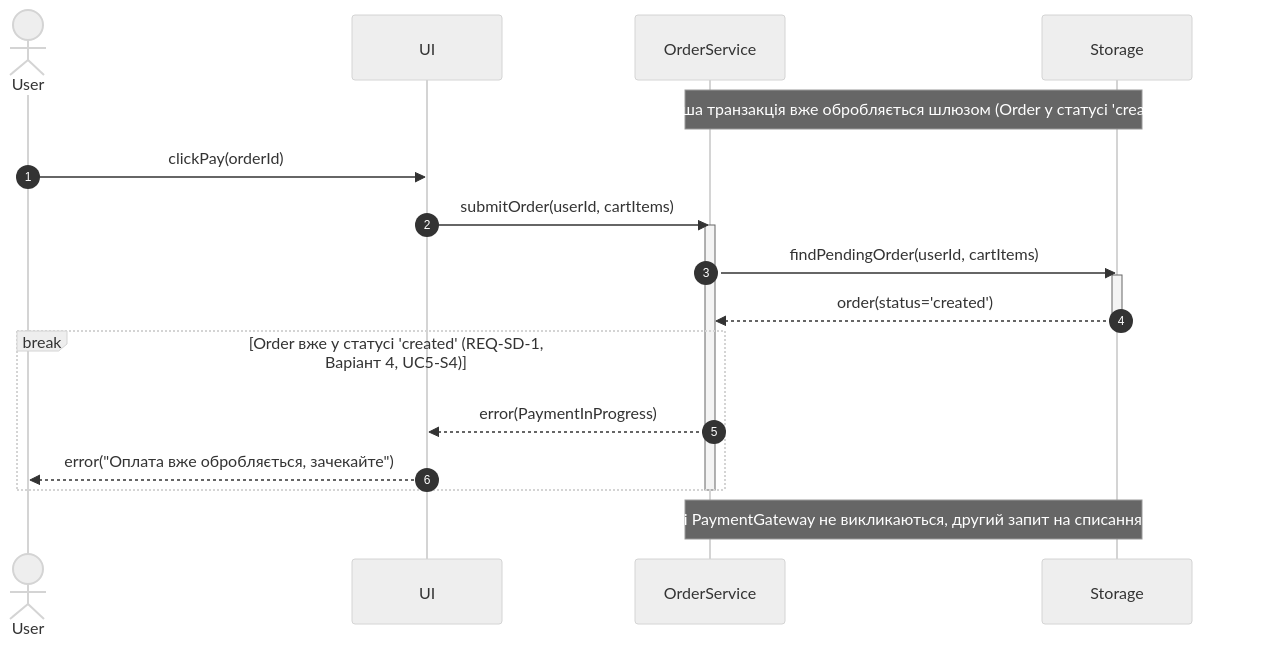
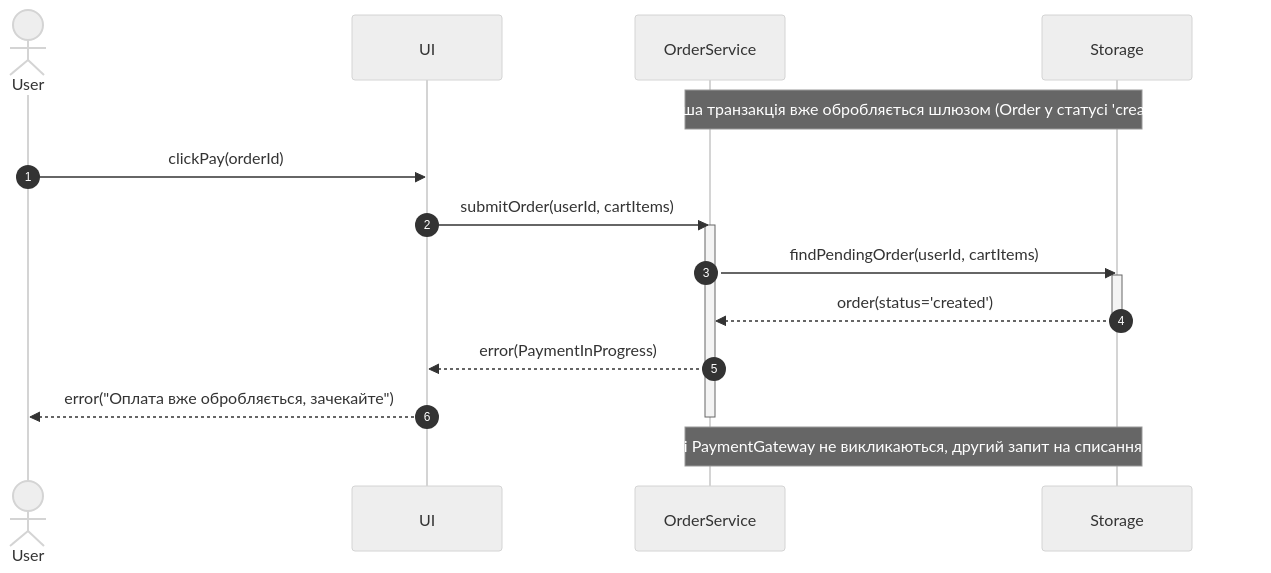
One commit to XxMariavxX/Mavpz-labs changed the fourth of 6 diagrams in lab3/README.md. Above: the diagram before and after it, drawn with Mermaid.

Commit message:
refactor: delete unnecessary break

````diff
--- a/lab3/README.md
+++ b/lab3/README.md
@@ -221,28 +221,26 @@
 ```mermaid
 %%{init: {'theme': 'neutral', 'themeVariables': { 'background': '#ffffff' }}}%%
 sequenceDiagram
 	autonumber
 	actor User
 	participant UI
 	participant OrderService
 	participant Storage
 
 	Note over OrderService,Storage: Перша транзакція вже обробляється шлюзом (Order у статусі 'created')
 
 	User->>UI: clickPay(orderId)
 	UI->>OrderService: submitOrder(userId, cartItems)
 	activate OrderService
 
 	OrderService->>Storage: findPendingOrder(userId, cartItems)
 	activate Storage
 	Storage-->>OrderService: order(status='created')
 	deactivate Storage
 
-	break Order вже у статусі 'created' (REQ-SD-1, Варіант 4, UC5-S4)
-		OrderService-->>UI: error(PaymentInProgress)
-		UI-->>User: error("Оплата вже обробляється, зачекайте")
-	end
+	OrderService-->>UI: error(PaymentInProgress)
+	UI-->>User: error("Оплата вже обробляється, зачекайте")
 
 	deactivate OrderService
 	Note over OrderService,Storage: PaymentService і PaymentGateway не викликаються, другий запит на списання не створюється
 ```
````
